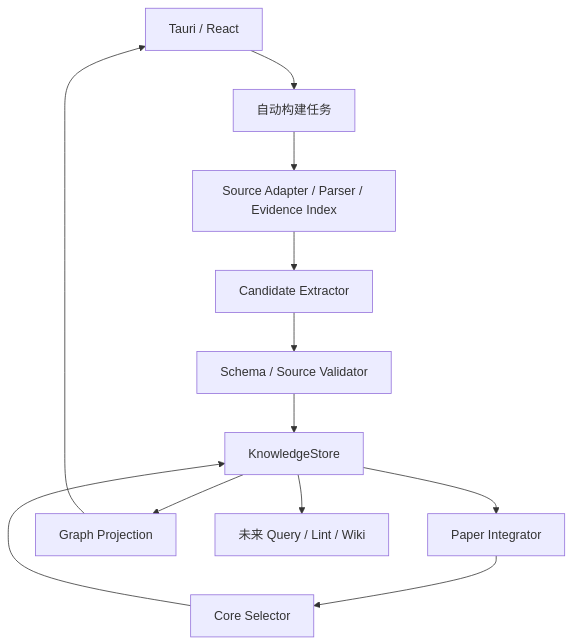
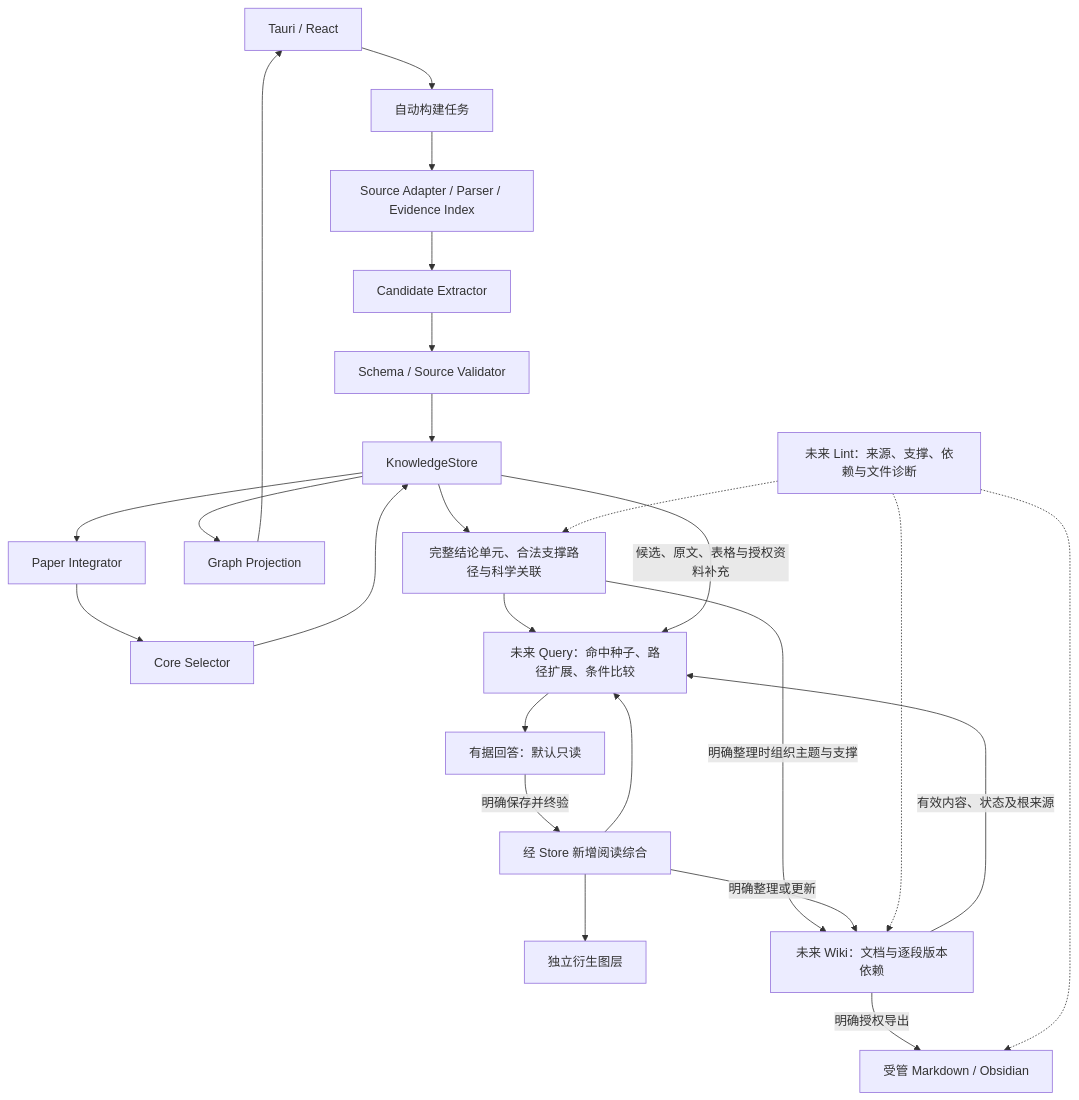
The diagram in docs/02_architecture_and_workflows.md (KLucen/ResearchGraphStudio), drawn with Mermaid before and after one commit. The commit also changed other lines of this file and 139 other files, not shown here.

````diff
--- a/docs/02_architecture_and_workflows.md
+++ b/docs/02_architecture_and_workflows.md
@@ -7,14 +7,27 @@
 ```mermaid
 flowchart TD
   UI[Tauri / React] --> JOB[自动构建任务]
   JOB --> SRC[Source Adapter / Parser / Evidence Index]
   SRC --> EX[Candidate Extractor]
   EX --> VAL[Schema / Source Validator]
   VAL --> KS[KnowledgeStore]
   KS --> INT[Paper Integrator]
   INT --> SEL[Core Selector]
   SEL --> KS
   KS --> GP[Graph Projection]
   GP --> UI
-  KS --> FUT[未来 Query / Lint / Wiki]
+  KS --> STRUCT[完整结论单元、合法支撑路径与科学关联]
+  STRUCT --> QUERY[未来 Query：命中种子、路径扩展、条件比较]
+  KS -->|候选、原文、表格与授权资料补充| QUERY
+  QUERY --> ANSWER[有据回答：默认只读]
+  ANSWER -->|明确保存并终验| SAVE[经 Store 新增阅读综合]
+  SAVE --> DERIVED[独立衍生图层]
+  SAVE --> QUERY
+  STRUCT -->|明确整理时组织主题与支撑| WIKI[未来 Wiki：文档与逐段版本依赖]
+  SAVE -->|明确整理或更新| WIKI
+  WIKI -->|有效内容、状态及根来源| QUERY
+  WIKI -->|明确授权导出| MD[受管 Markdown / Obsidian]
+  LINT[未来 Lint：来源、支撑、依赖与文件诊断] -.-> STRUCT
+  LINT -.-> WIKI
+  LINT -.-> MD
 ```
````
